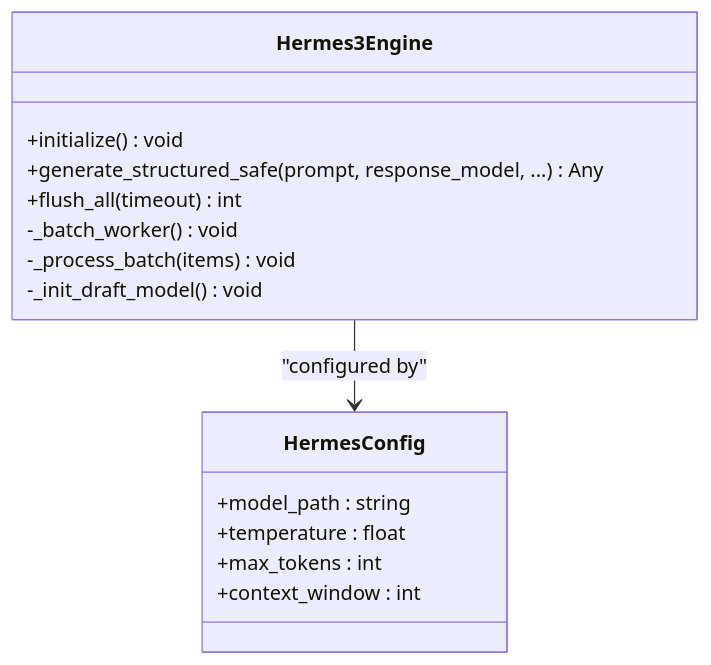
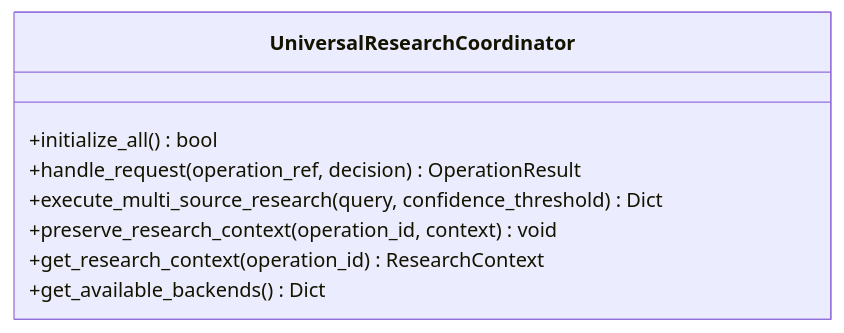
One commit to Hamulda/hledac-universal changed the tenth of 11 diagrams in .qoder/repowiki/en/content/Core Architecture/Core Architecture.md. Above: the diagram before and after it, drawn with Mermaid. The commit also changed other lines of this file and 236 other files, not shown here.

````diff
--- a/.qoder/repowiki/en/content/Core Architecture/Core Architecture.md
+++ b/.qoder/repowiki/en/content/Core Architecture/Core Architecture.md
@@ -275,18 +348,11 @@
 ```mermaid
 classDiagram
-class Hermes3Engine {
-+initialize() void
-+generate_structured_safe(prompt, response_model, ...) Any
-+flush_all(timeout) int
--_batch_worker() void
--_process_batch(items) void
--_init_draft_model() void
+class UniversalResearchCoordinator {
++initialize_all() bool
++handle_request(operation_ref, decision) OperationResult
++execute_multi_source_research(query, confidence_threshold) Dict
++preserve_research_context(operation_id, context) void
++get_research_context(operation_id) ResearchContext
++get_available_backends() Dict
 }
-class HermesConfig {
-+model_path : string
-+temperature : float
-+max_tokens : int
-+context_window : int
-}
-Hermes3Engine --> HermesConfig : "configured by"
 ```
````
